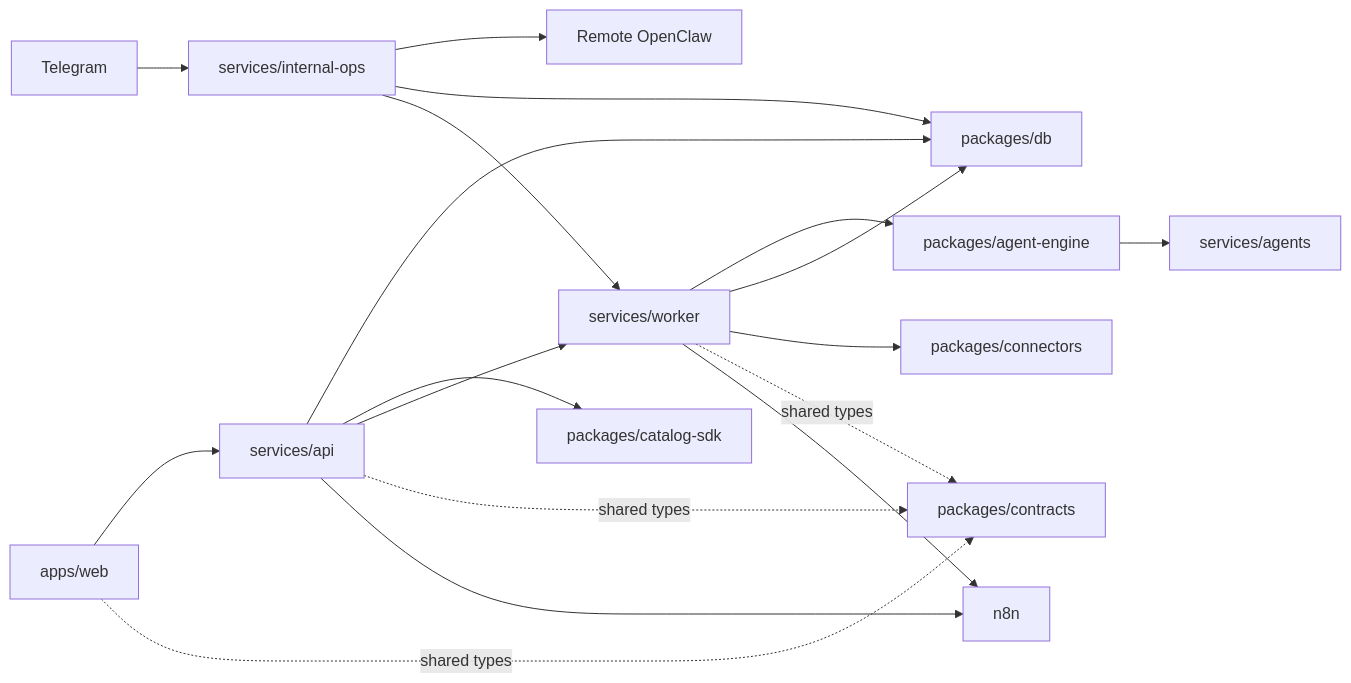
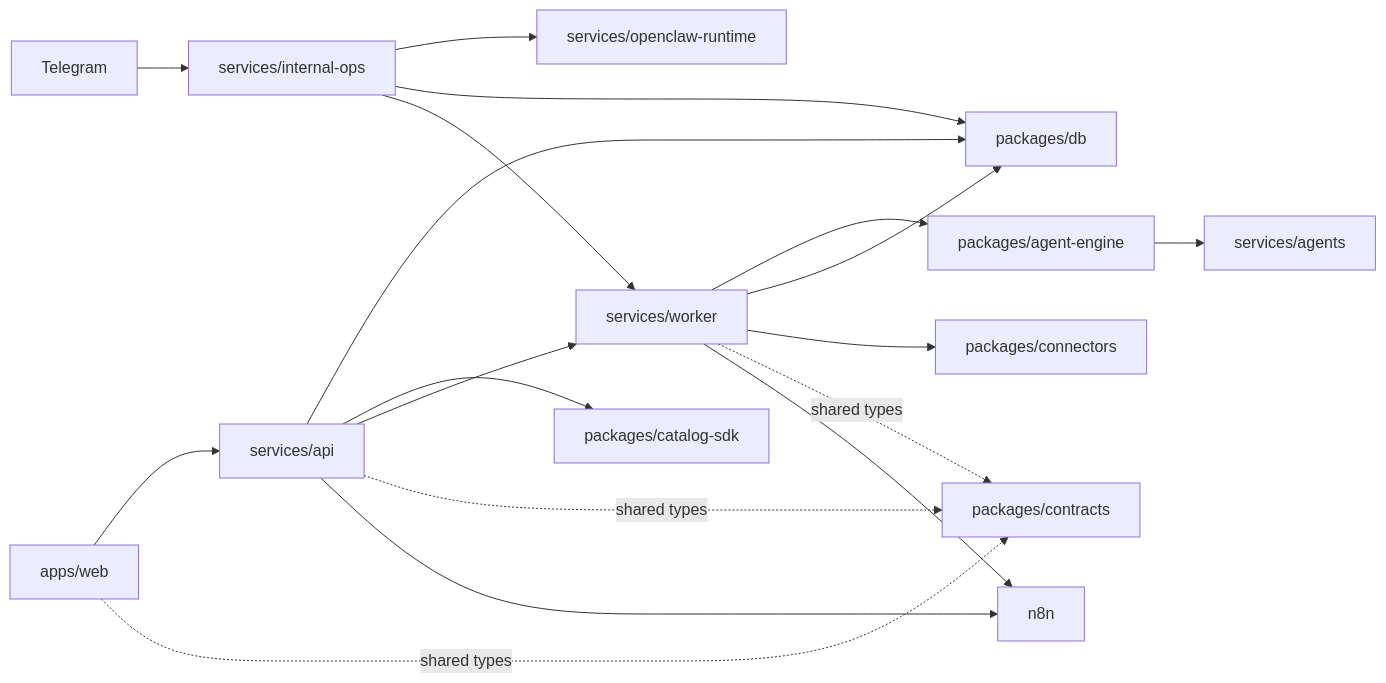
Before and after one commit to agentmou/agentmou-platform: the diagram in docs/repo-map.md, drawn with Mermaid. The commit also changed other lines of this file and 32 other files, not shown here.

First line of the commit message:
feat(monorepo): add deployable openclaw runtime

````diff
--- a/docs/repo-map.md
+++ b/docs/repo-map.md
@@ -86,34 +92,34 @@
 ```mermaid
 flowchart LR
   web["apps/web"]
   api["services/api"]
   internalOps["services/internal-ops"]
   telegram["Telegram"]
-  openclaw["Remote OpenClaw"]
+  openclaw["services/openclaw-runtime"]
   worker["services/worker"]
   agents["services/agents"]
   engine["packages/agent-engine"]
   db["packages/db"]
   contracts["packages/contracts"]
   catalogSdk["packages/catalog-sdk"]
   connectors["packages/connectors"]
   n8n["n8n"]
 
   web --> api
   telegram --> internalOps
   internalOps --> openclaw
   internalOps --> db
   internalOps --> worker
   api --> db
   api --> catalogSdk
   api --> worker
   worker --> engine
   worker --> db
   worker --> connectors
   engine --> agents
   api -. shared types .-> contracts
   worker -. shared types .-> contracts
   web -. shared types .-> contracts
   api --> n8n
   worker --> n8n
 ```
````
